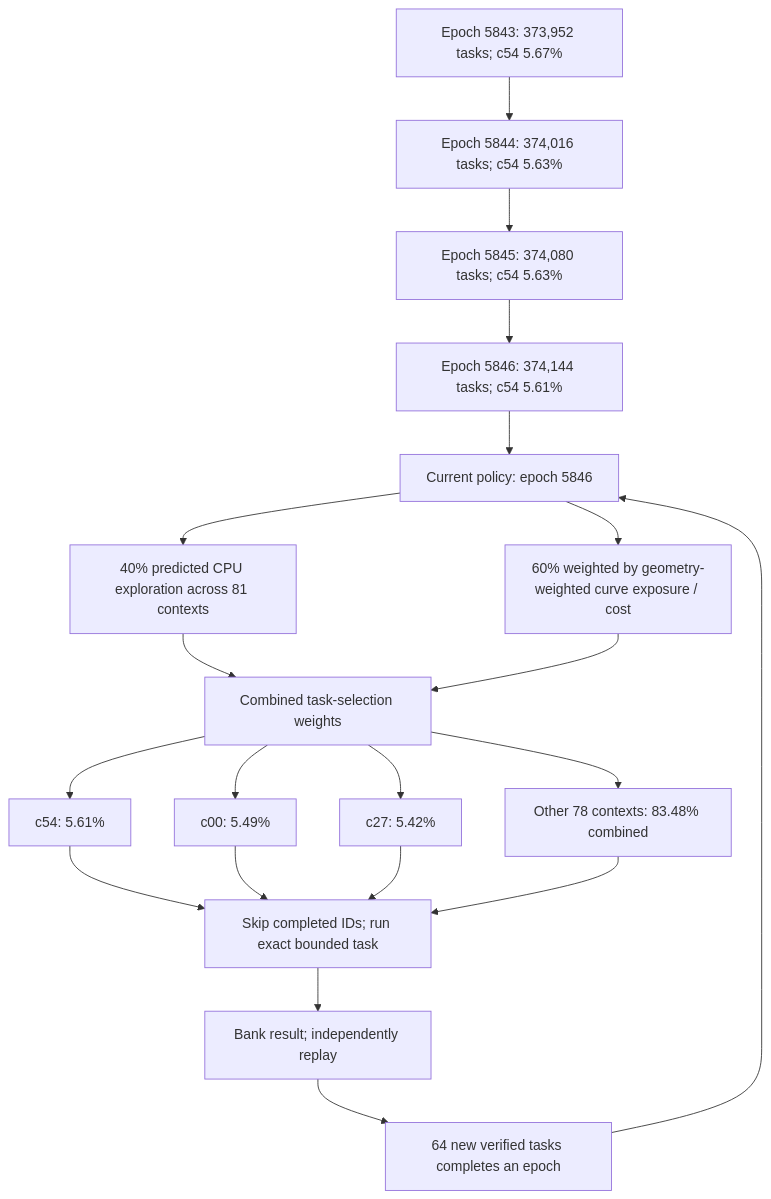
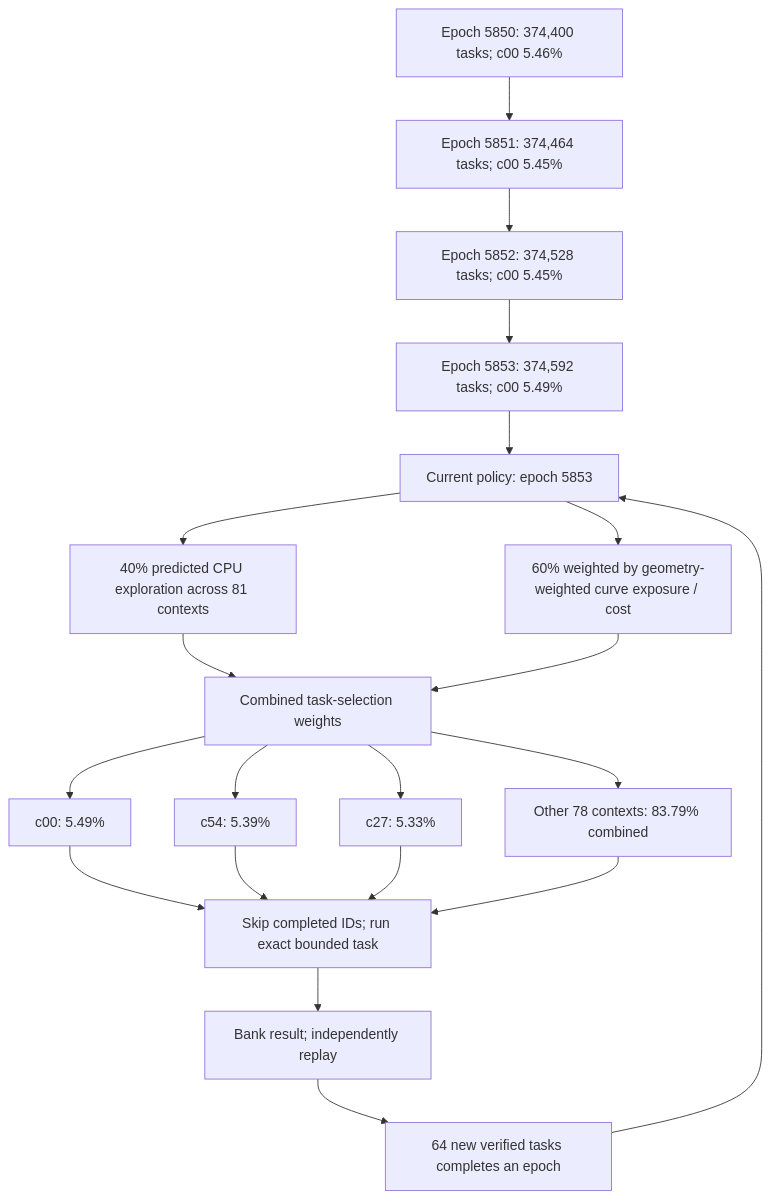
One commit to Kuberwastaken/math-gambling changed the first of 3 diagrams in README.md. Above: the diagram before and after it, drawn with Mermaid. The commit also changed other lines of this file and 1471 other files, not shown here.

````diff
--- a/README.md
+++ b/README.md
@@ -60,27 +60,27 @@
 ```mermaid
 flowchart TD
-    H0["Epoch 5843: 373,952 tasks; c54 5.67%"]
-    H1["Epoch 5844: 374,016 tasks; c54 5.63%"]
+    H0["Epoch 5850: 374,400 tasks; c00 5.46%"]
+    H1["Epoch 5851: 374,464 tasks; c00 5.45%"]
     H0 --> H1
-    H2["Epoch 5845: 374,080 tasks; c54 5.63%"]
+    H2["Epoch 5852: 374,528 tasks; c00 5.45%"]
     H1 --> H2
-    H3["Epoch 5846: 374,144 tasks; c54 5.61%"]
+    H3["Epoch 5853: 374,592 tasks; c00 5.49%"]
     H2 --> H3
-    Policy["Current policy: epoch 5846"]
+    Policy["Current policy: epoch 5853"]
     H3 --> Policy
     Policy --> Explore["40% predicted CPU exploration across 81 contexts"]
     Policy --> Cost["60% weighted by geometry-weighted curve exposure / cost"]
     Explore --> Mix["Combined task-selection weights"]
     Cost --> Mix
-    Mix --> C0["c54: 5.61%"]
-    Mix --> C1["c00: 5.49%"]
-    Mix --> C2["c27: 5.42%"]
-    Mix --> Rest["Other 78 contexts: 83.48% combined"]
+    Mix --> C0["c00: 5.49%"]
+    Mix --> C1["c54: 5.39%"]
+    Mix --> C2["c27: 5.33%"]
+    Mix --> Rest["Other 78 contexts: 83.79% combined"]
     C0 --> Check["Skip completed IDs; run exact bounded task"]
     C1 --> Check
     C2 --> Check
     Rest --> Check
     Check --> Replay["Bank result; independently replay"]
     Replay --> Gate["64 new verified tasks completes an epoch"]
     Gate --> Policy
 ```
````
